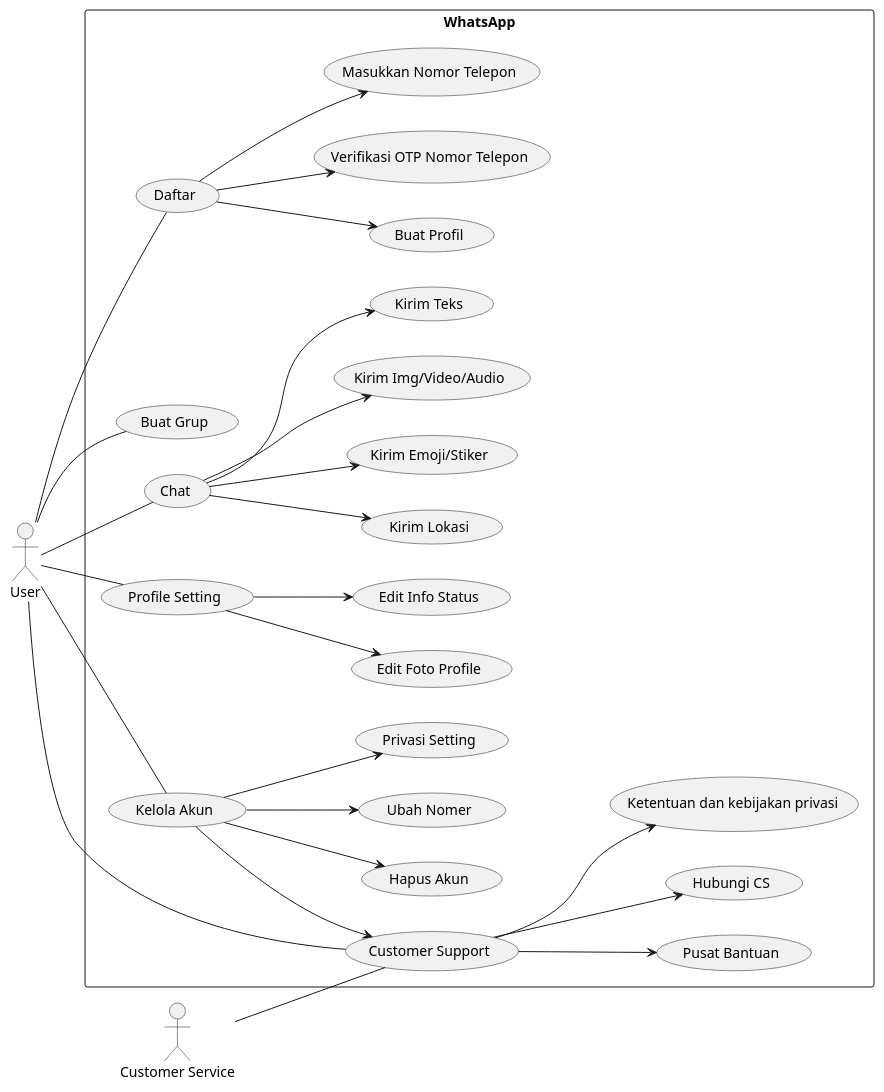
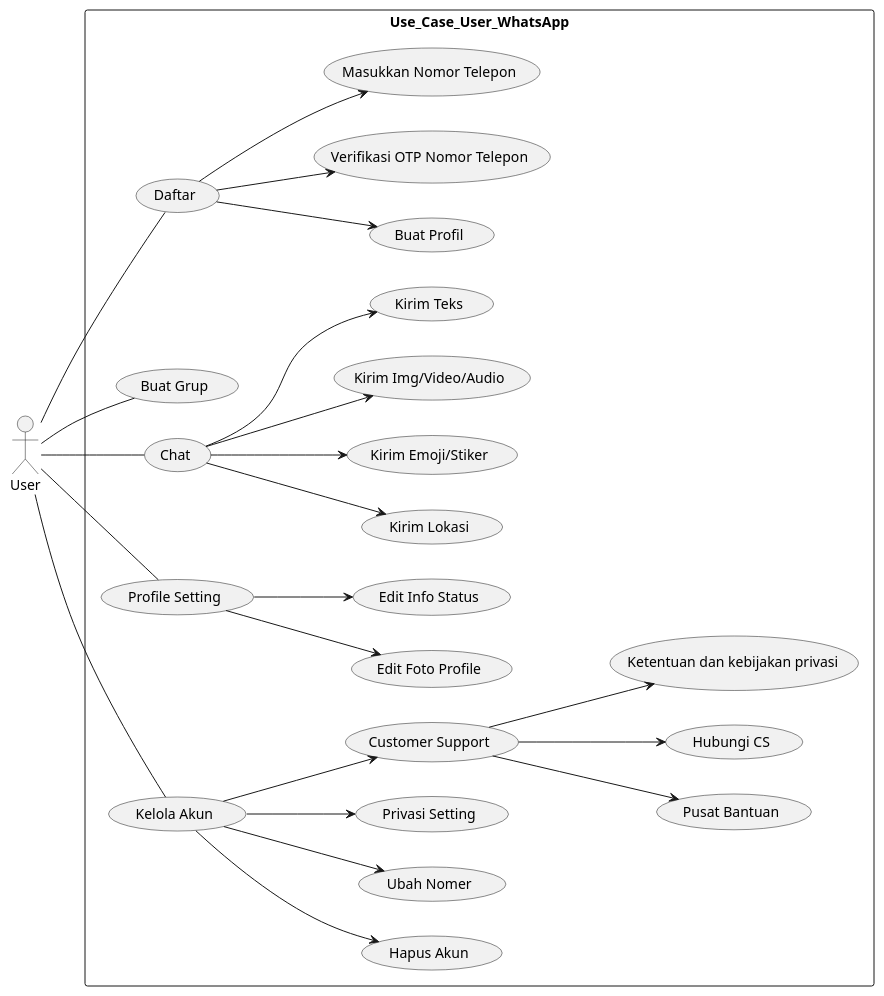
One commit to fikiap23/chatbro changed the diagram in use_case.plantuml. Above: the diagram before and after it, drawn with PlantUML. The commit also changed 1 other file, not shown here.

```diff
--- a/use_case.plantuml
+++ b/use_case.plantuml
@@ -1,39 +1,39 @@
 @startuml
 left to right direction
 actor User as U
-actor "Customer Service" as CS
 
-rectangle WhatsApp {
+
+rectangle Use_Case_User_WhatsApp {
   U -- (Daftar) 
   U -- (Buat Grup)
   U -- (Chat)
   U -- (Profile Setting)
   U -- (Kelola Akun)
-  U -- (Customer Support)
-  CS -- (Customer Support) 
+
+
 
  (Daftar) --> (Buat Profil)
   (Daftar) --> (Verifikasi OTP Nomor Telepon)
   (Daftar) --> (Masukkan Nomor Telepon)
 
   (Chat) --> (Kirim Lokasi)
   (Chat) --> (Kirim Emoji/Stiker)
   (Chat) --> (Kirim Img/Video/Audio)
   (Chat) --> (Kirim Teks)
   
   (Profile Setting) --> (Edit Foto Profile)
   (Profile Setting) --> (Edit Info Status)
   
   (Kelola Akun) --> (Hapus Akun)
   (Kelola Akun) --> (Ubah Nomer)
   (Kelola Akun) --> (Privasi Setting)
   (Kelola Akun) --> (Customer Support)
 
 (Customer Support) --> (Pusat Bantuan)
 (Customer Support) --> (Hubungi CS)
 (Customer Support) --> (Ketentuan dan kebijakan privasi)
 
 
 }
 
 @enduml
```
